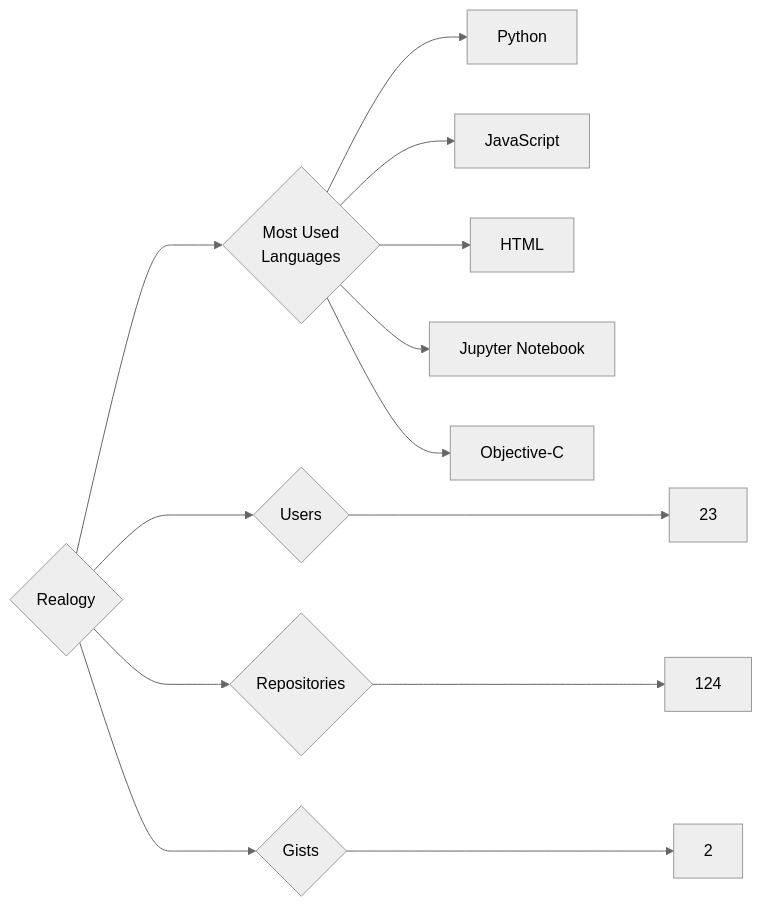
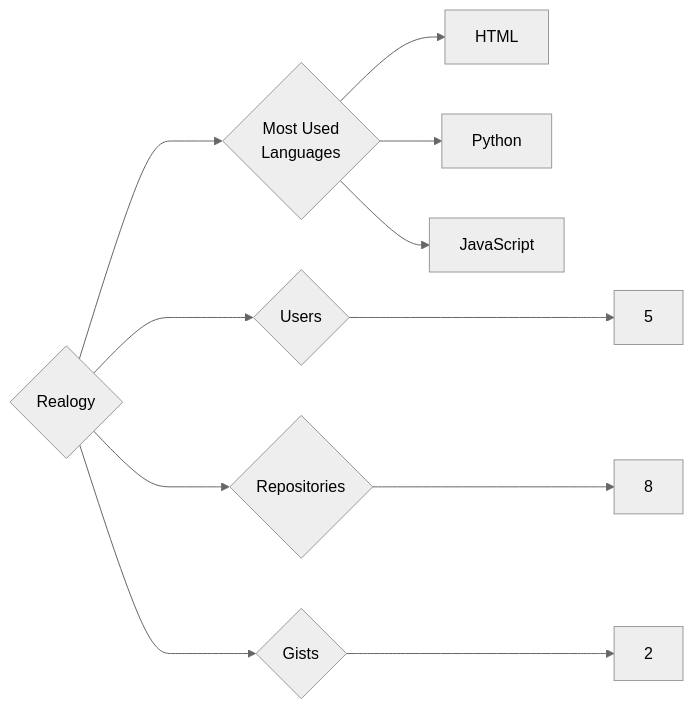
Before and after one commit to trickest/insiders: the diagram in targets/Realogy/README.md, drawn with Mermaid (neutral theme). The commit also changed 895 other files, not shown here.

````diff
--- a/targets/Realogy/README.md
+++ b/targets/Realogy/README.md
@@ -3,13 +3,11 @@
 ```mermaid
 graph LR
 COMPANY_NAME{Realogy}
-COMPANY_NAME ---> U{Users} ---> UN[23]
-COMPANY_NAME ---> R{Repositories} ---> RN[124]
+COMPANY_NAME ---> U{Users} ---> UN[5]
+COMPANY_NAME ---> R{Repositories} ---> RN[8]
 COMPANY_NAME ---> G{Gists} ---> GN[2]
 COMPANY_NAME ---> ML{Most Used<br>Languages}
+ML --> HTML[HTML]
 ML --> Python[Python]
 ML --> JavaScript[JavaScript]
-ML --> HTML[HTML]
-ML --> Jupyter_Notebook[Jupyter Notebook]
-ML --> Objective-C[Objective-C]
 ```
````
